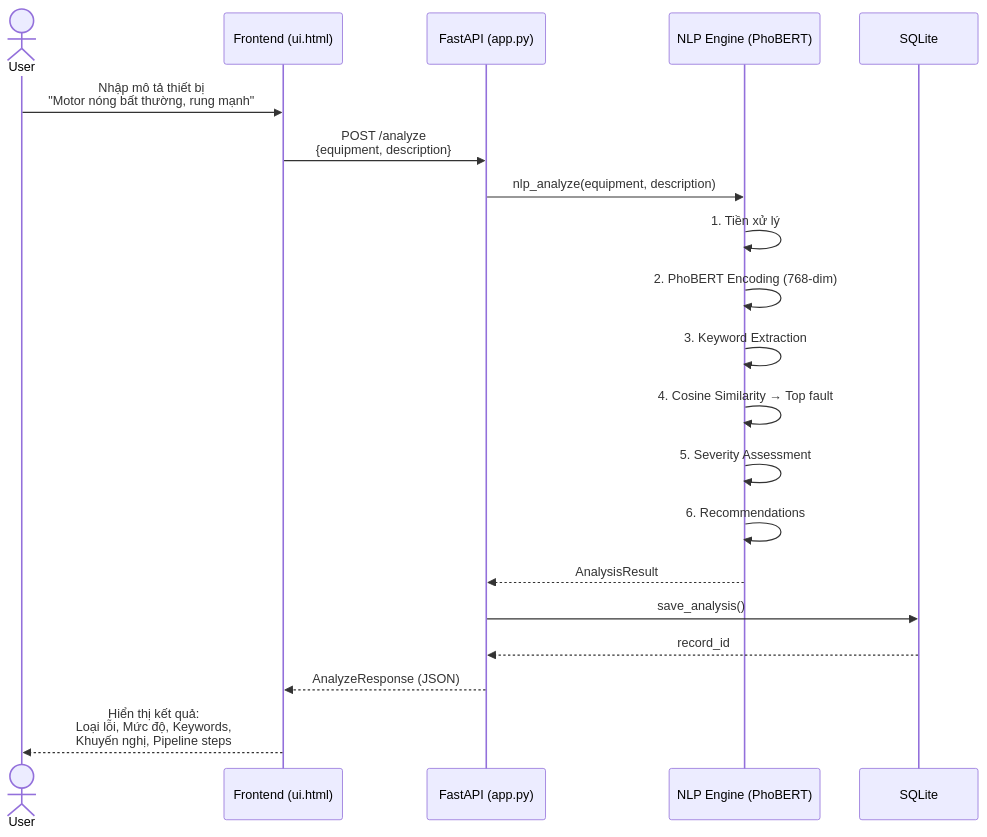
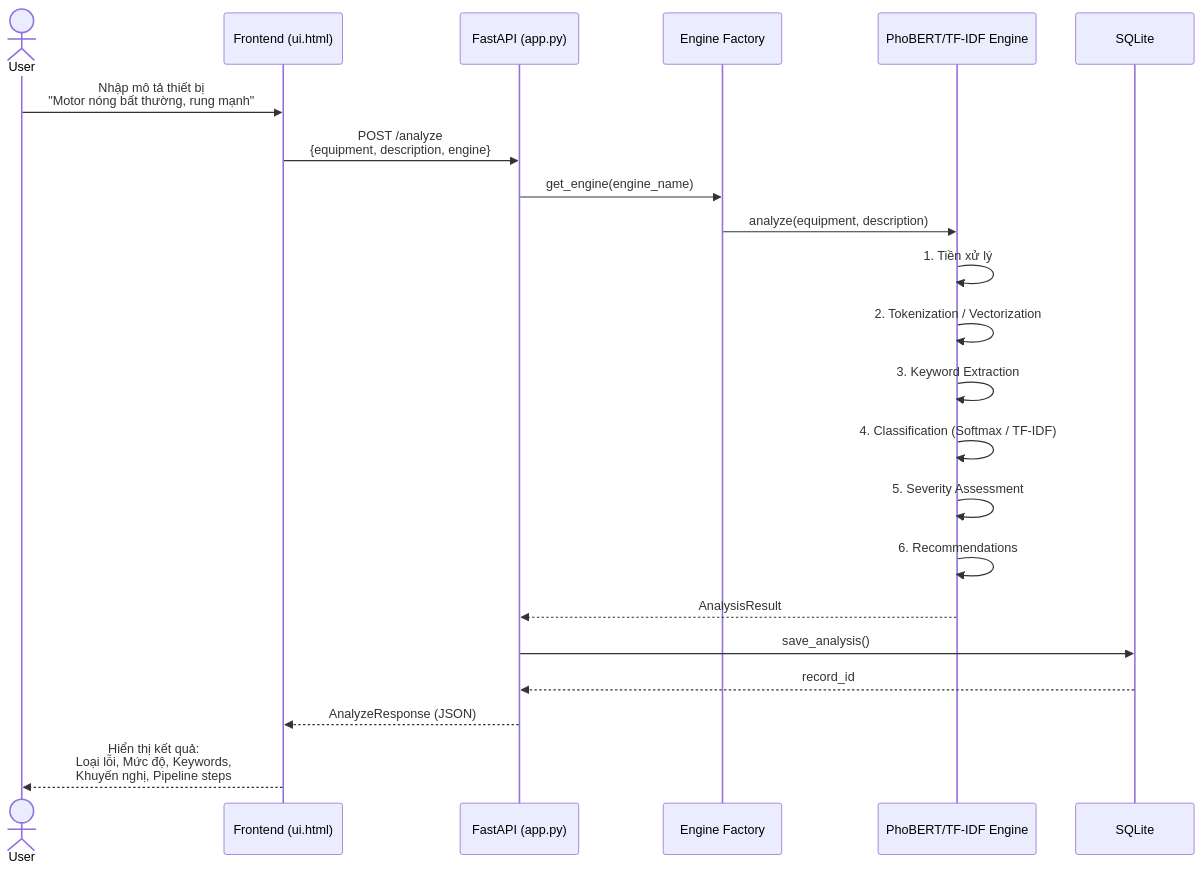
One commit to quynb5/NLP_Equipment_Fault_Analysis_System changed the fourth of 4 diagrams in PROJECT_OVERVIEW.md. Above: the diagram before and after it, drawn with Mermaid. The commit also changed other lines of this file and 13 other files, not shown here.

````diff
--- a/PROJECT_OVERVIEW.md
+++ b/PROJECT_OVERVIEW.md
@@ -163,23 +470,25 @@
 ```mermaid
 sequenceDiagram
     actor User
     participant UI as Frontend (ui.html)
     participant API as FastAPI (app.py)
-    participant NLP as NLP Engine (PhoBERT)
+    participant Factory as Engine Factory
+    participant Engine as PhoBERT/TF-IDF Engine
     participant DB as SQLite
 
     User->>UI: Nhập mô tả thiết bị<br/>"Motor nóng bất thường, rung mạnh"
-    UI->>API: POST /analyze<br/>{equipment, description}
-    API->>NLP: nlp_analyze(equipment, description)
-    NLP->>NLP: 1. Tiền xử lý
-    NLP->>NLP: 2. PhoBERT Encoding (768-dim)
-    NLP->>NLP: 3. Keyword Extraction
-    NLP->>NLP: 4. Cosine Similarity → Top fault
-    NLP->>NLP: 5. Severity Assessment
-    NLP->>NLP: 6. Recommendations
-    NLP-->>API: AnalysisResult
+    UI->>API: POST /analyze<br/>{equipment, description, engine}
+    API->>Factory: get_engine(engine_name)
+    Factory->>Engine: analyze(equipment, description)
+    Engine->>Engine: 1. Tiền xử lý
+    Engine->>Engine: 2. Tokenization / Vectorization
+    Engine->>Engine: 3. Keyword Extraction
+    Engine->>Engine: 4. Classification (Softmax / TF-IDF)
+    Engine->>Engine: 5. Severity Assessment
+    Engine->>Engine: 6. Recommendations
+    Engine-->>API: AnalysisResult
     API->>DB: save_analysis()
     DB-->>API: record_id
     API-->>UI: AnalyzeResponse (JSON)
     UI-->>User: Hiển thị kết quả:<br/>Loại lỗi, Mức độ, Keywords,<br/>Khuyến nghị, Pipeline steps
 ```
````
